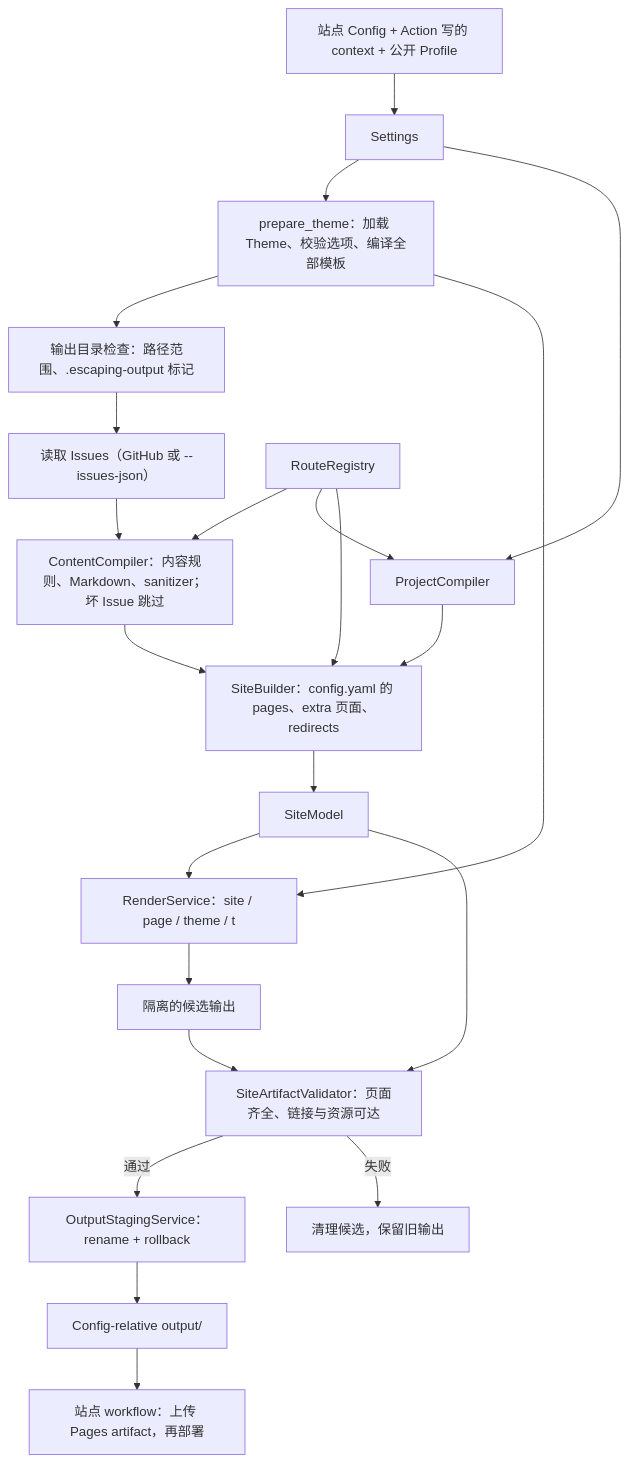
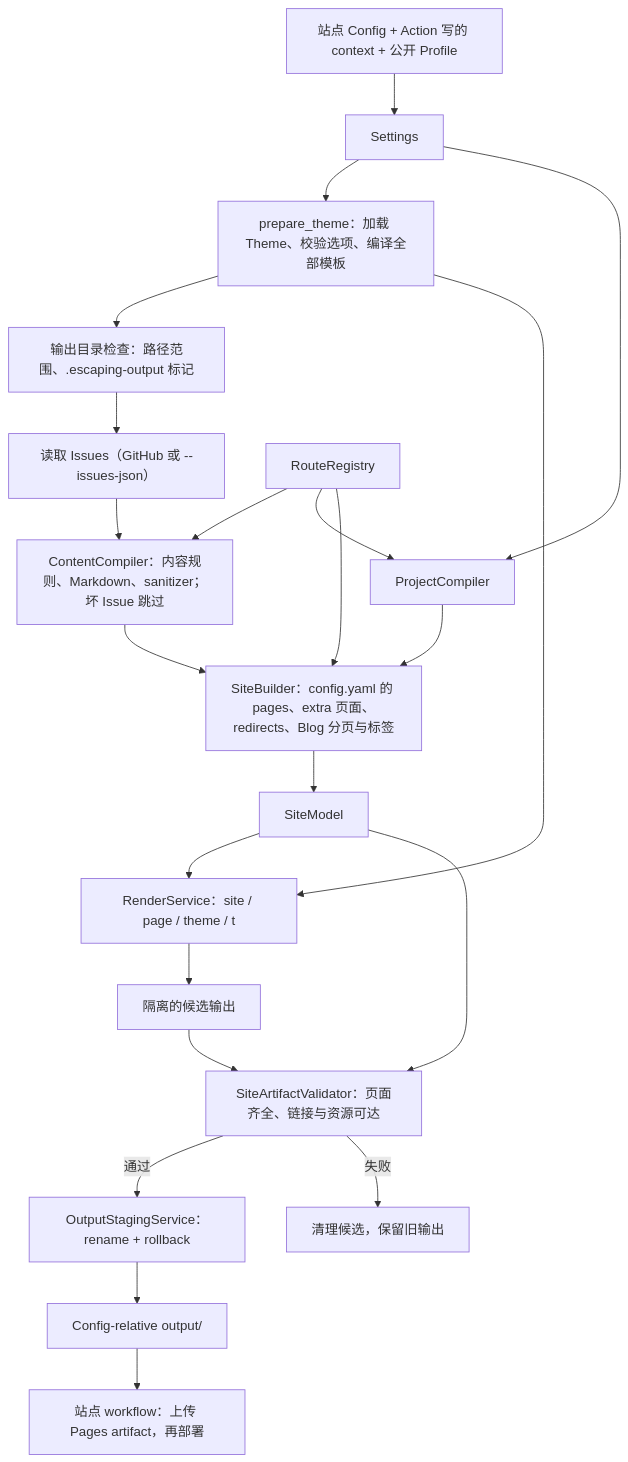
The diagram in docs/dual-repo-architecture.md (geoqiao/escaping), drawn with Mermaid before and after one commit. The commit also changed 3 other files, not shown here.

````diff
--- a/docs/dual-repo-architecture.md
+++ b/docs/dual-repo-architecture.md
@@ -26,24 +26,24 @@
 ```mermaid
 flowchart TD
     Inputs["站点 Config + Action 写的 context + 公开 Profile"] --> Settings
     Settings --> Prepare["prepare_theme：加载 Theme、校验选项、编译全部模板"]
     Prepare --> Safety["输出目录检查：路径范围、.escaping-output 标记"]
     Safety --> Fetch["读取 Issues（GitHub 或 --issues-json）"]
     Fetch --> ContentCompiler["ContentCompiler：内容规则、Markdown、sanitizer；坏 Issue 跳过"]
     Settings --> ProjectCompiler
     RouteRegistry --> ContentCompiler
     RouteRegistry --> ProjectCompiler
     RouteRegistry --> SiteBuilder
-    ContentCompiler --> SiteBuilder["SiteBuilder：config.yaml 的 pages、extra 页面、redirects"]
+    ContentCompiler --> SiteBuilder["SiteBuilder：config.yaml 的 pages、extra 页面、redirects、Blog 分页与标签"]
     ProjectCompiler --> SiteBuilder
     SiteBuilder --> SiteModel
     SiteModel --> RenderService["RenderService：site / page / theme / t"]
     Prepare --> RenderService
     RenderService --> Staging["隔离的候选输出"]
     Staging --> Validator["SiteArtifactValidator：页面齐全、链接与资源可达"]
     SiteModel --> Validator
     Validator -->|通过| Publication["OutputStagingService：rename + rollback"]
     Validator -->|失败| Stop["清理候选，保留旧输出"]
     Publication --> Output["Config-relative output/"]
     Output --> Orchestrator["站点 workflow：上传 Pages artifact，再部署"]
 ```
````
